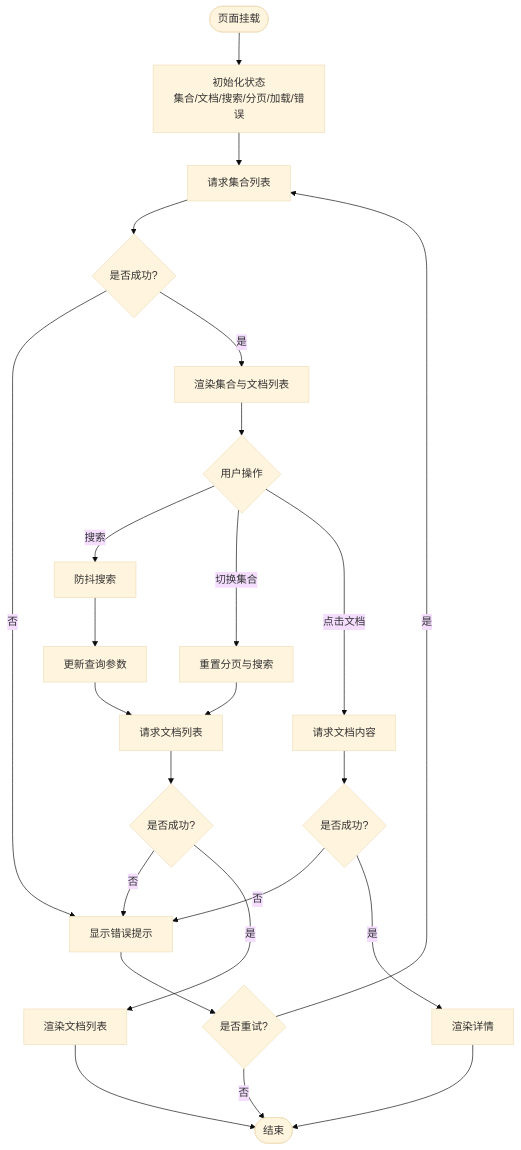
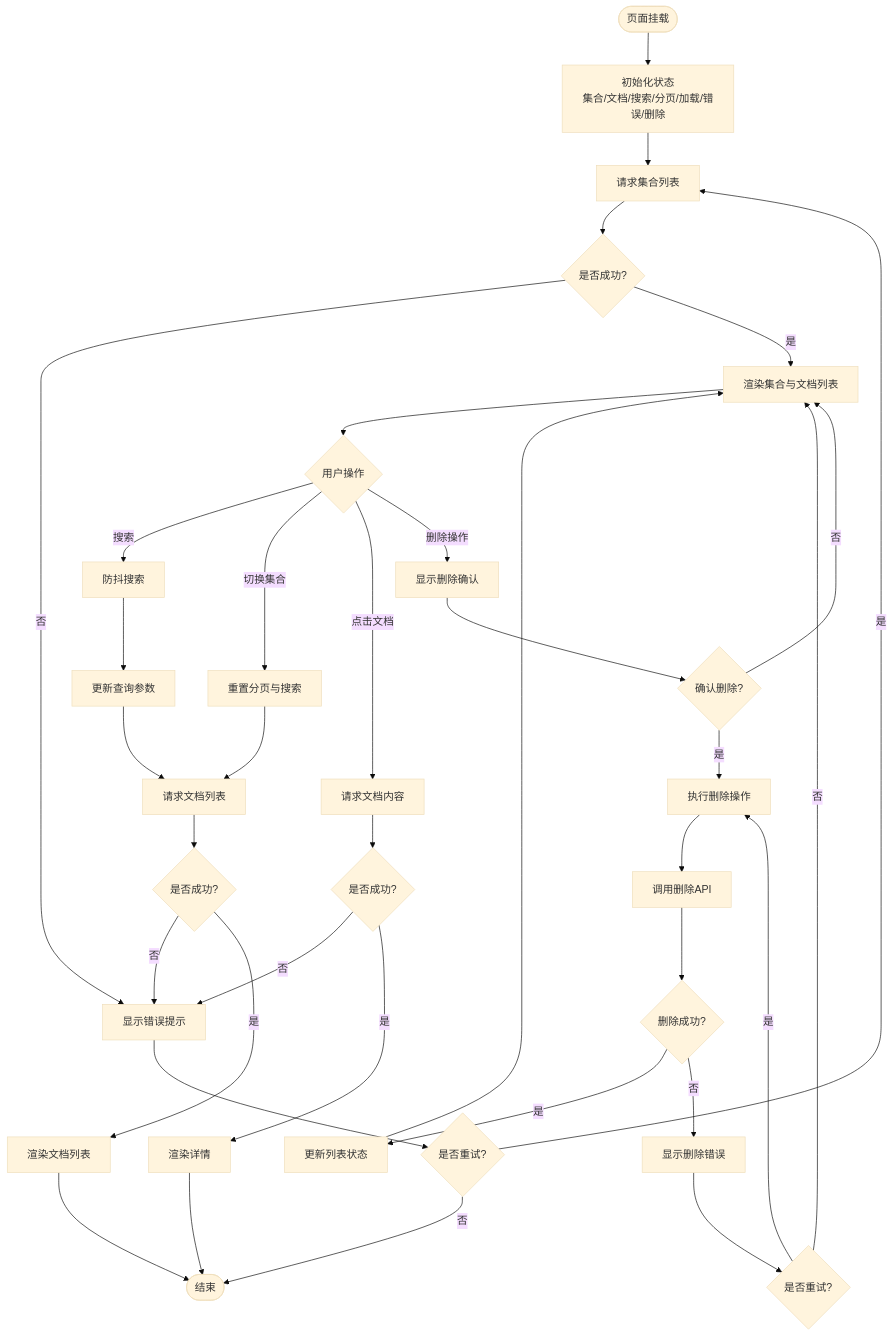
The third of 4 diagrams in .qoder/repowiki/zh/content/知识库管理/知识库主页面.md (wangzihao64/RAG_Front), drawn with Mermaid (base theme) before and after one commit. The commit also changed other lines of this file and 29 other files, not shown here.

````diff
--- a/.qoder/repowiki/zh/content/知识库管理/知识库主页面.md
+++ b/.qoder/repowiki/zh/content/知识库管理/知识库主页面.md
@@ -154,26 +175,38 @@
 ```mermaid
 flowchart TD
-Start(["页面挂载"]) --> InitState["初始化状态<br/>集合/文档/搜索/分页/加载/错误"]
+Start(["页面挂载"]) --> InitState["初始化状态<br/>集合/文档/搜索/分页/加载/错误/删除"]
 InitState --> FetchCollections["请求集合列表"]
 FetchCollections --> CollectionsOK{"是否成功?"}
 CollectionsOK --> |否| ShowError["显示错误提示"]
 CollectionsOK --> |是| RenderList["渲染集合与文档列表"]
 RenderList --> UserAction{"用户操作"}
 UserAction --> |搜索| DebounceSearch["防抖搜索"]
 DebounceSearch --> UpdateQuery["更新查询参数"]
 UpdateQuery --> FetchDocs["请求文档列表"]
 UserAction --> |切换集合| ResetPage["重置分页与搜索"]
 ResetPage --> FetchDocs
 UserAction --> |点击文档| FetchContent["请求文档内容"]
+UserAction --> |删除操作| ShowConfirm["显示删除确认"]
+ShowConfirm --> ConfirmDelete{"确认删除?"}
+ConfirmDelete --> |是| ExecuteDelete["执行删除操作"]
+ConfirmDelete --> |否| RenderList
+ExecuteDelete --> DeleteAPI["调用删除API"]
+DeleteAPI --> DeleteOK{"删除成功?"}
+DeleteOK --> |是| UpdateList["更新列表状态"]
+DeleteOK --> |否| ShowDeleteError["显示删除错误"]
+UpdateList --> RenderList
 FetchDocs --> DocsOK{"是否成功?"}
 DocsOK --> |否| ShowError
 DocsOK --> |是| RenderDocs["渲染文档列表"]
 FetchContent --> ContentOK{"是否成功?"}
 ContentOK --> |否| ShowError
 ContentOK --> |是| RenderDetail["渲染详情"]
 ShowError --> Retry{"是否重试?"}
 Retry --> |是| FetchCollections
 Retry --> |否| End(["结束"])
 RenderDocs --> End
 RenderDetail --> End
+ShowDeleteError --> RetryDelete{"是否重试?"}
+RetryDelete --> |是| ExecuteDelete
+RetryDelete --> |否| RenderList
 ```
````
